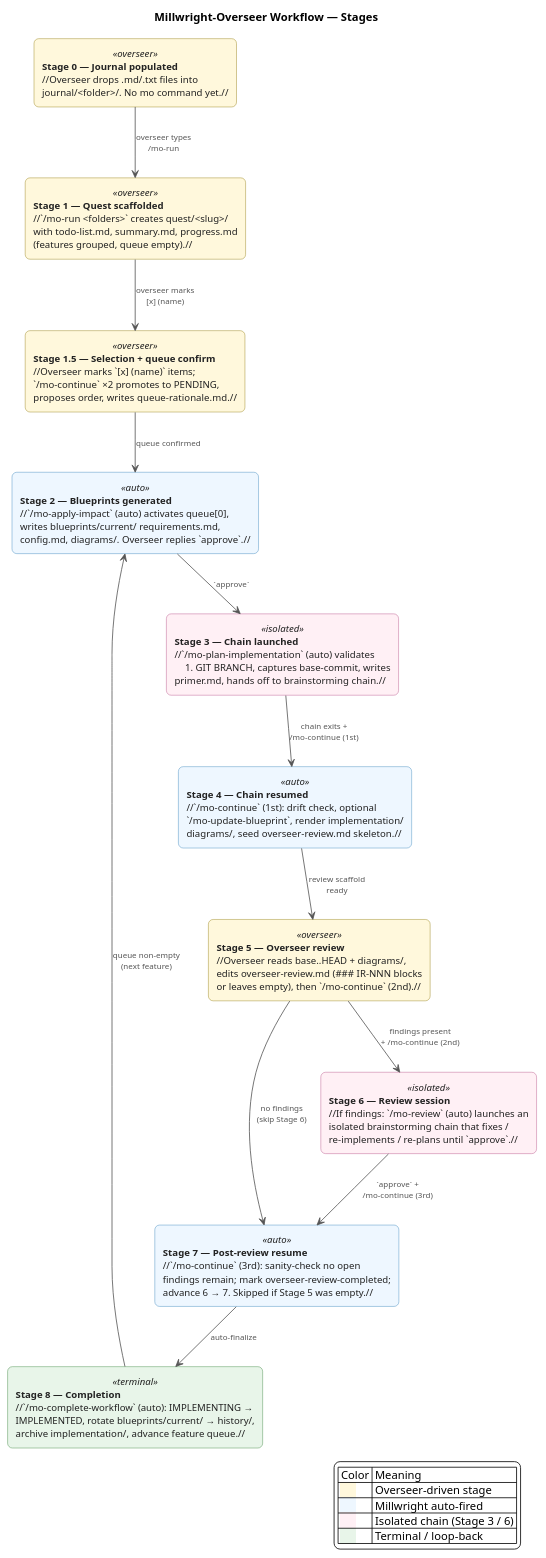
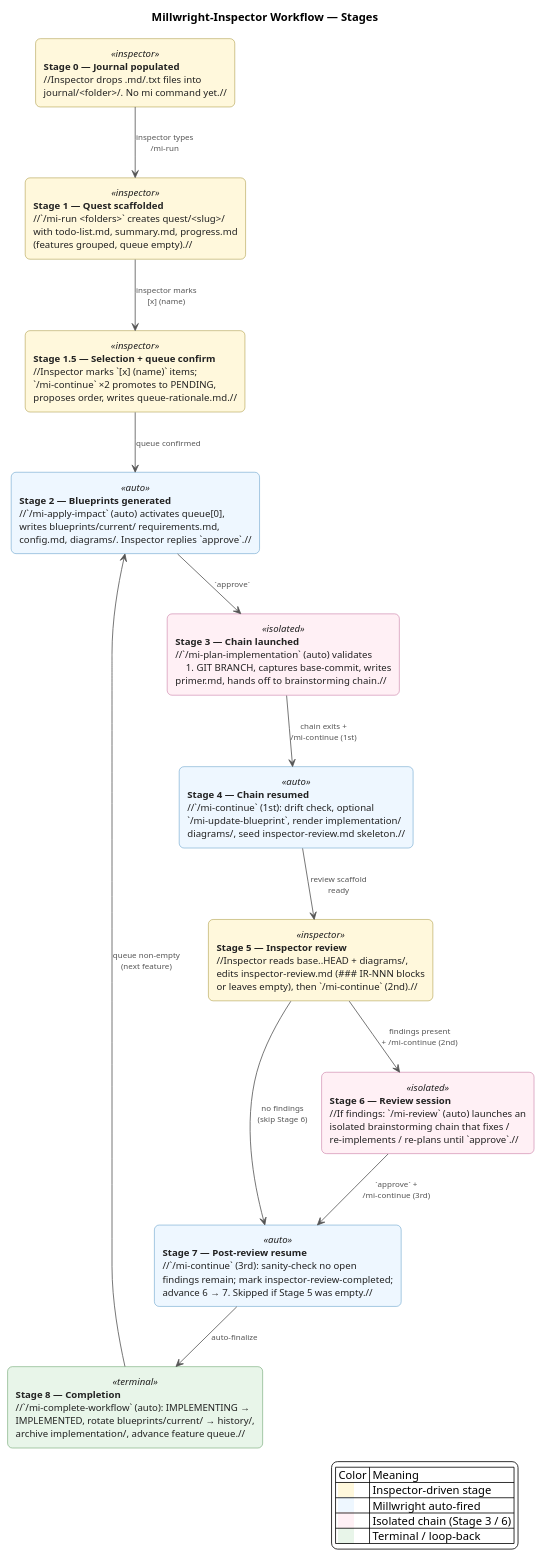
Before and after one commit to Eminakkoc/Millwright-Inspector-Development-Machine: the diagram in docs/diagrams/workflow-stages.puml, drawn with PlantUML. The commit also changed 223 other files, not shown here.

First line of the commit message:
Rename "overseer"→"inspector" and mo-→mi prefix; v1.0.0

```diff
--- a/docs/diagrams/workflow-stages.puml
+++ b/docs/diagrams/workflow-stages.puml
@@ -1,81 +1,81 @@
 @startuml workflow-stages
-title Millwright-Overseer Workflow — Stages
+title Millwright-Inspector Workflow — Stages
 
 skinparam backgroundColor #FFFFFF
 skinparam shadowing false
 skinparam defaultFontName Helvetica
 skinparam defaultFontSize 12
 skinparam ArrowColor #555555
 skinparam ArrowFontColor #555555
 skinparam ArrowFontSize 10
 
 skinparam rectangle {
   BackgroundColor #F8F8F8
   BorderColor #8B7500
   FontColor #222222
   RoundCorner 12
 }
 
-' Color the auto-fired stages distinctly from overseer-driven ones
+' Color the auto-fired stages distinctly from inspector-driven ones
 skinparam rectangle<<auto>> {
   BackgroundColor #EEF7FF
   BorderColor #2C7BB6
 }
-skinparam rectangle<<overseer>> {
+skinparam rectangle<<inspector>> {
   BackgroundColor #FFF8DC
   BorderColor #8B7500
 }
 skinparam rectangle<<isolated>> {
   BackgroundColor #FFF0F5
   BorderColor #B0457E
 }
 skinparam rectangle<<terminal>> {
   BackgroundColor #E8F5E9
   BorderColor #2E7D32
 }
 
-rectangle "**Stage 0 — Journal populated**\n//Overseer drops .md/.txt files into\njournal/<folder>/. No mo command yet.//" as S0 <<overseer>>
+rectangle "**Stage 0 — Journal populated**\n//Inspector drops .md/.txt files into\njournal/<folder>/. No mi command yet.//" as S0 <<inspector>>
 
-rectangle "**Stage 1 — Quest scaffolded**\n//`/mo-run <folders>` creates quest/<slug>/\nwith todo-list.md, summary.md, progress.md\n(features grouped, queue empty).//" as S1 <<overseer>>
+rectangle "**Stage 1 — Quest scaffolded**\n//`/mi-run <folders>` creates quest/<slug>/\nwith todo-list.md, summary.md, progress.md\n(features grouped, queue empty).//" as S1 <<inspector>>
 
-rectangle "**Stage 1.5 — Selection + queue confirm**\n//Overseer marks `[x] (name)` items;\n`/mo-continue` ×2 promotes to PENDING,\nproposes order, writes queue-rationale.md.//" as S15 <<overseer>>
+rectangle "**Stage 1.5 — Selection + queue confirm**\n//Inspector marks `[x] (name)` items;\n`/mi-continue` ×2 promotes to PENDING,\nproposes order, writes queue-rationale.md.//" as S15 <<inspector>>
 
-rectangle "**Stage 2 — Blueprints generated**\n//`/mo-apply-impact` (auto) activates queue[0],\nwrites blueprints/current/ requirements.md,\nconfig.md, diagrams/. Overseer replies `approve`.//" as S2 <<auto>>
+rectangle "**Stage 2 — Blueprints generated**\n//`/mi-apply-impact` (auto) activates queue[0],\nwrites blueprints/current/ requirements.md,\nconfig.md, diagrams/. Inspector replies `approve`.//" as S2 <<auto>>
 
-rectangle "**Stage 3 — Chain launched**\n//`/mo-plan-implementation` (auto) validates\n## GIT BRANCH, captures base-commit, writes\nprimer.md, hands off to brainstorming chain.//" as S3 <<isolated>>
+rectangle "**Stage 3 — Chain launched**\n//`/mi-plan-implementation` (auto) validates\n## GIT BRANCH, captures base-commit, writes\nprimer.md, hands off to brainstorming chain.//" as S3 <<isolated>>
 
-rectangle "**Stage 4 — Chain resumed**\n//`/mo-continue` (1st): drift check, optional\n`/mo-update-blueprint`, render implementation/\ndiagrams/, seed overseer-review.md skeleton.//" as S4 <<auto>>
+rectangle "**Stage 4 — Chain resumed**\n//`/mi-continue` (1st): drift check, optional\n`/mi-update-blueprint`, render implementation/\ndiagrams/, seed inspector-review.md skeleton.//" as S4 <<auto>>
 
-rectangle "**Stage 5 — Overseer review**\n//Overseer reads base..HEAD + diagrams/,\nedits overseer-review.md (### IR-NNN blocks\nor leaves empty), then `/mo-continue` (2nd).//" as S5 <<overseer>>
+rectangle "**Stage 5 — Inspector review**\n//Inspector reads base..HEAD + diagrams/,\nedits inspector-review.md (### IR-NNN blocks\nor leaves empty), then `/mi-continue` (2nd).//" as S5 <<inspector>>
 
-rectangle "**Stage 6 — Review session**\n//If findings: `/mo-review` (auto) launches an\nisolated brainstorming chain that fixes /\nre-implements / re-plans until `approve`.//" as S6 <<isolated>>
+rectangle "**Stage 6 — Review session**\n//If findings: `/mi-review` (auto) launches an\nisolated brainstorming chain that fixes /\nre-implements / re-plans until `approve`.//" as S6 <<isolated>>
 
-rectangle "**Stage 7 — Post-review resume**\n//`/mo-continue` (3rd): sanity-check no open\nfindings remain; mark overseer-review-completed;\nadvance 6 → 7. Skipped if Stage 5 was empty.//" as S7 <<auto>>
+rectangle "**Stage 7 — Post-review resume**\n//`/mi-continue` (3rd): sanity-check no open\nfindings remain; mark inspector-review-completed;\nadvance 6 → 7. Skipped if Stage 5 was empty.//" as S7 <<auto>>
 
-rectangle "**Stage 8 — Completion**\n//`/mo-complete-workflow` (auto): IMPLEMENTING →\nIMPLEMENTED, rotate blueprints/current/ → history/,\narchive implementation/, advance feature queue.//" as S8 <<terminal>>
+rectangle "**Stage 8 — Completion**\n//`/mi-complete-workflow` (auto): IMPLEMENTING →\nIMPLEMENTED, rotate blueprints/current/ → history/,\narchive implementation/, advance feature queue.//" as S8 <<terminal>>
 
 ' --- Main flow ---
-S0  -down-> S1   : overseer types\n/mo-run
-S1  -down-> S15  : overseer marks\n[x] (name)
+S0  -down-> S1   : inspector types\n/mi-run
+S1  -down-> S15  : inspector marks\n[x] (name)
 S15 -down-> S2   : queue confirmed
 S2  -down-> S3   : `approve`
-S3  -down-> S4   : chain exits +\n/mo-continue (1st)
+S3  -down-> S4   : chain exits +\n/mi-continue (1st)
 S4  -down-> S5   : review scaffold\nready
-S5  -down-> S6   : findings present\n+ /mo-continue (2nd)
+S5  -down-> S6   : findings present\n+ /mi-continue (2nd)
 S5  -right-> S7  : no findings\n(skip Stage 6)
-S6  -down-> S7   : `approve` +\n/mo-continue (3rd)
+S6  -down-> S7   : `approve` +\n/mi-continue (3rd)
 S7  -down-> S8   : auto-finalize
 
 ' --- Loop back: more features in queue ---
 S8 -left-> S2 : queue non-empty\n(next feature)
 
 ' Legend
 legend right
 | Color | Meaning |
-| <back:#FFF8DC>     </back> | Overseer-driven stage |
+| <back:#FFF8DC>     </back> | Inspector-driven stage |
 | <back:#EEF7FF>     </back> | Millwright auto-fired |
 | <back:#FFF0F5>     </back> | Isolated chain (Stage 3 / 6) |
 | <back:#E8F5E9>     </back> | Terminal / loop-back |
 endlegend
 
 @enduml
```
